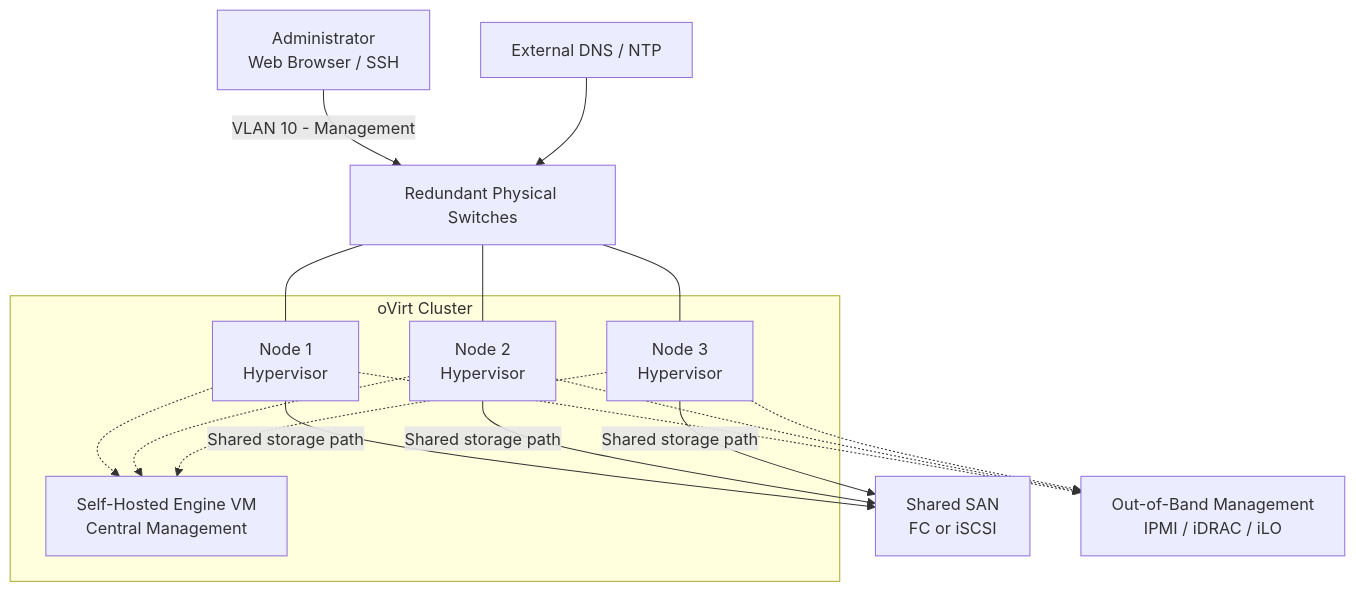
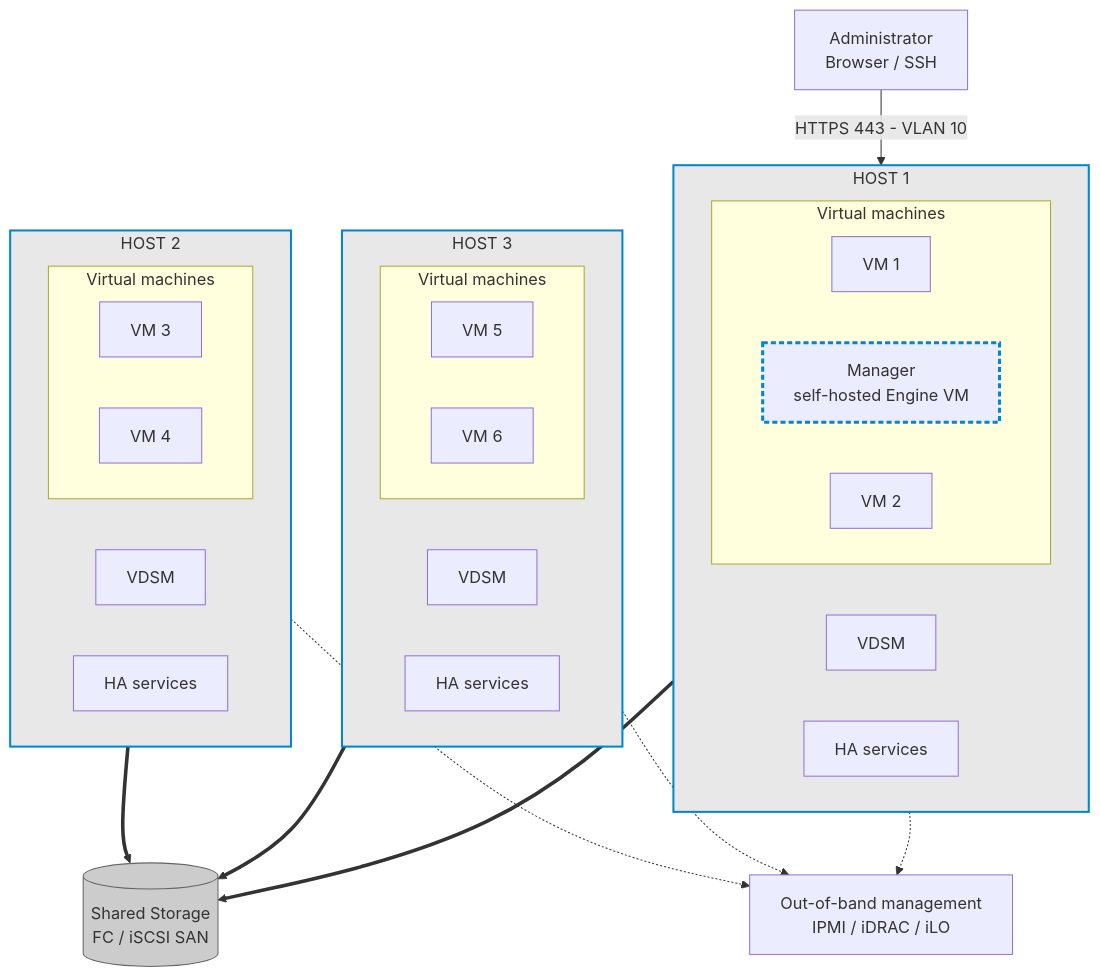
The first of 4 diagrams in README.md (YogeshG02/Ovirt), drawn with Mermaid before and after one commit. The commit also changed other lines of this file, not shown here.

````diff
--- a/README.md
+++ b/README.md
@@ -54,34 +54,55 @@
 ```mermaid
 flowchart TB
-    ADMIN["Administrator<br/>Web Browser / SSH"]
-    DNS["External DNS / NTP"]
-    SW["Redundant Physical Switches"]
+    ADMIN["Administrator<br/>Browser / SSH"]
+    FENCE["Out-of-band management<br/>IPMI / iDRAC / iLO"]
 
-    subgraph CLUSTER["oVirt Cluster"]
-        N1["Node 1<br/>Hypervisor"]
-        N2["Node 2<br/>Hypervisor"]
-        N3["Node 3<br/>Hypervisor"]
-        ENGINE["Self-Hosted Engine VM<br/>Central Management"]
+    subgraph H1["HOST 1"]
+        direction LR
+        V1["VDSM"]
+        HA1["HA services"]
+        subgraph VMS1["Virtual machines"]
+            direction LR
+            A1["VM 1"]
+            M1["Manager<br/>self-hosted Engine VM"]
+            A2["VM 2"]
+        end
     end
 
-    SAN["Shared SAN<br/>FC or iSCSI"]
-    FENCE["Out-of-Band Management<br/>IPMI / iDRAC / iLO"]
+    subgraph H2["HOST 2"]
+        direction LR
+        V2["VDSM"]
+        HA2["HA services"]
+        subgraph VMS2["Virtual machines"]
+            direction LR
+            A3["VM 3"]
+            A4["VM 4"]
+        end
+    end
 
-    ADMIN -->|"VLAN 10 - Management"| SW
-    DNS --> SW
-    SW --- N1
-    SW --- N2
-    SW --- N3
+    subgraph H3["HOST 3"]
+        direction LR
+        V3["VDSM"]
+        HA3["HA services"]
+        subgraph VMS3["Virtual machines"]
+            direction LR
+            A5["VM 5"]
+            A6["VM 6"]
+        end
+    end
 
-    N1 -.-> ENGINE
-    N2 -.-> ENGINE
-    N3 -.-> ENGINE
+    SAN[("Shared Storage<br/>FC / iSCSI SAN")]
 
-    N1 -->|"Shared storage path"| SAN
-    N2 -->|"Shared storage path"| SAN
-    N3 -->|"Shared storage path"| SAN
+    ADMIN -->|"HTTPS 443 - VLAN 10"| M1
+    H1 ==> SAN
+    H2 ==> SAN
+    H3 ==> SAN
+    H1 -.-> FENCE
+    H2 -.-> FENCE
+    H3 -.-> FENCE
 
-    N1 -.-> FENCE
-    N2 -.-> FENCE
-    N3 -.-> FENCE
+    style H1 fill:#e8e8e8,stroke:#0088ce,stroke-width:2px
+    style H2 fill:#e8e8e8,stroke:#0088ce,stroke-width:2px
+    style H3 fill:#e8e8e8,stroke:#0088ce,stroke-width:2px
+    style M1 stroke:#0088ce,stroke-width:3px,stroke-dasharray:5 3
+    style SAN fill:#cccccc,stroke:#666666
 ```
````
